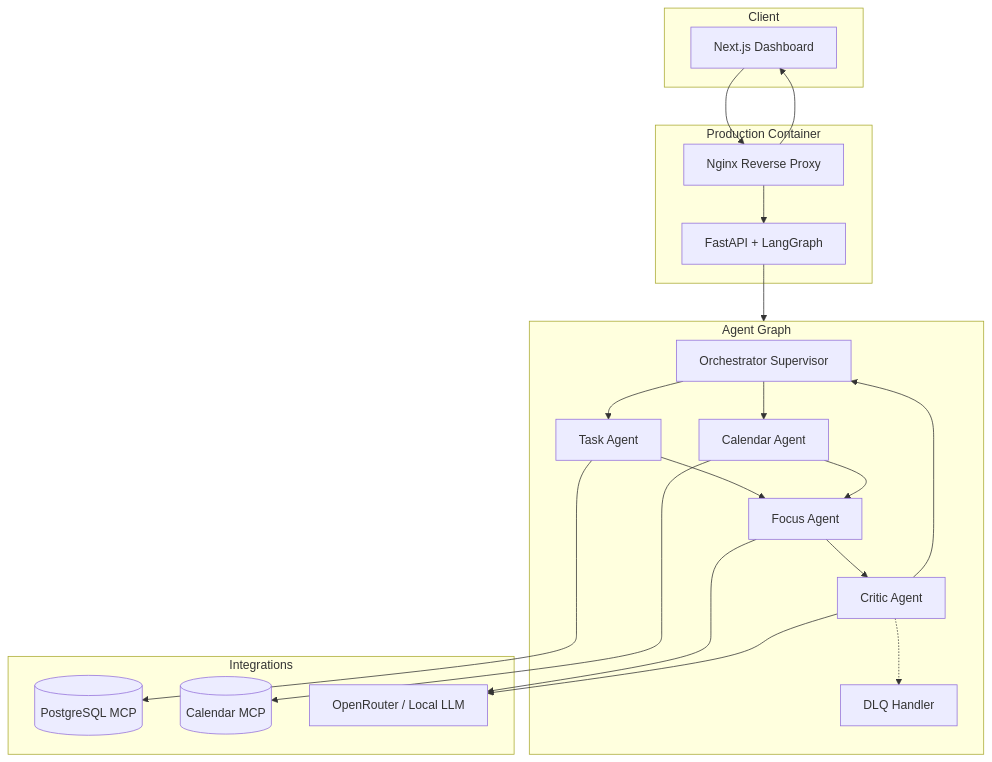
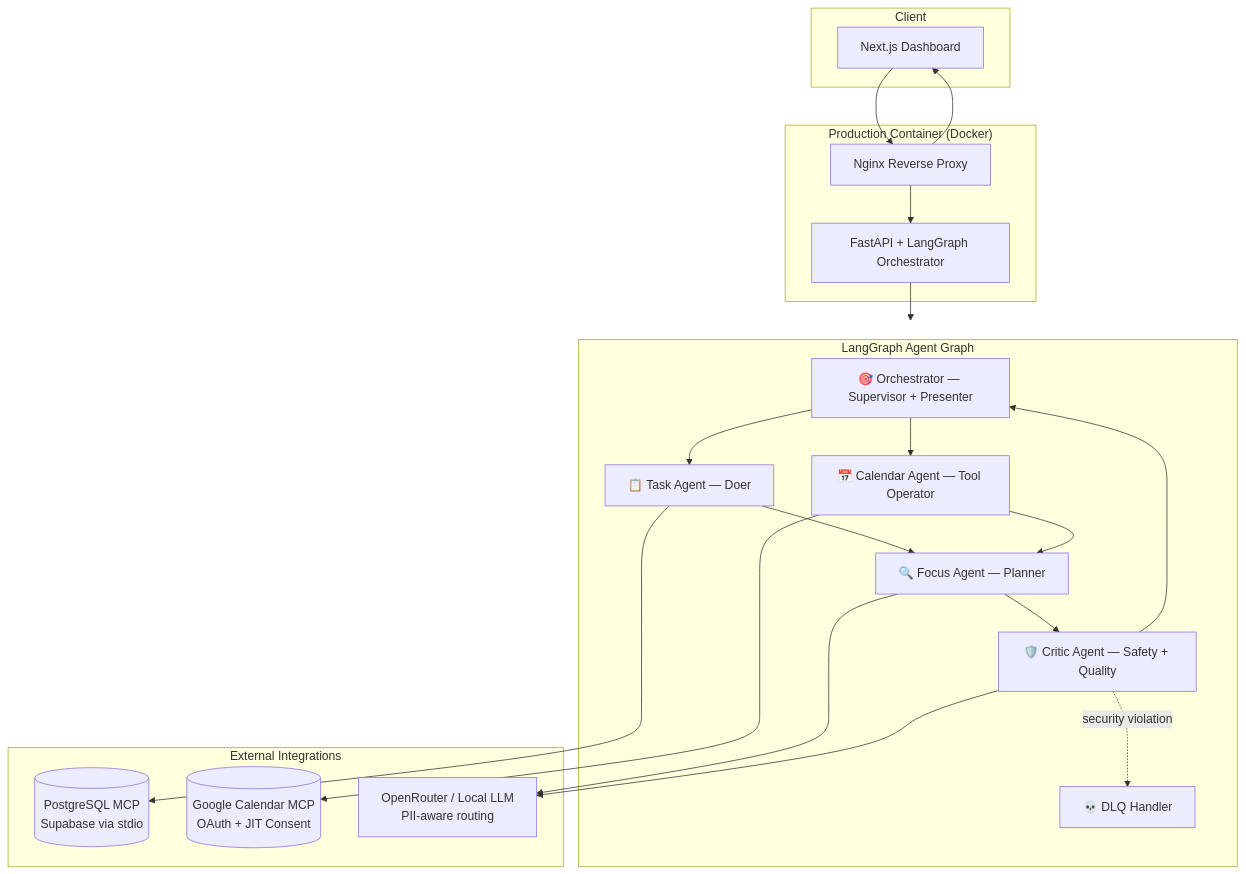
Before and after one commit to qasirdev/daily-briefing: the diagram in README.md, drawn with Mermaid. The commit also changed other lines of this file and 1 other file, not shown here.

````diff
--- a/README.md
+++ b/README.md
@@ -58,42 +64,42 @@
 ```mermaid
 flowchart TB
     subgraph Client
         UI[Next.js Dashboard]
     end
 
-    subgraph Container["Production Container"]
+    subgraph Container["Production Container (Docker)"]
         NGINX[Nginx Reverse Proxy]
-        API[FastAPI + LangGraph]
+        API[FastAPI + LangGraph Orchestrator]
         UI --> NGINX
         NGINX --> API
         NGINX --> UI
     end
 
-    subgraph Agents["Agent Graph"]
-        ORCH[Orchestrator Supervisor]
-        TASK[Task Agent]
-        CAL[Calendar Agent]
-        FOCUS[Focus Agent]
-        CRIT[Critic Agent]
-        DLQ[DLQ Handler]
+    subgraph Agents["LangGraph Agent Graph"]
+        ORCH[🎯 Orchestrator — Supervisor + Presenter]
+        TASK[📋 Task Agent — Doer]
+        CAL[📅 Calendar Agent — Tool Operator]
+        FOCUS[🔍 Focus Agent — Planner]
+        CRIT[🛡️ Critic Agent — Safety + Quality]
+        DLQ[💀 DLQ Handler]
         ORCH --> TASK
         ORCH --> CAL
         TASK --> FOCUS
         CAL --> FOCUS
         FOCUS --> CRIT
         CRIT --> ORCH
-        CRIT -.-> DLQ
+        CRIT -.->|security violation| DLQ
     end
 
-    subgraph Integrations
-        MCP_PG[(PostgreSQL MCP)]
-        MCP_CAL[(Calendar MCP)]
-        LLM[OpenRouter / Local LLM]
+    subgraph Integrations["External Integrations"]
+        MCP_PG[(PostgreSQL MCP\nSupabase via stdio)]
+        MCP_CAL[(Google Calendar MCP\nOAuth + JIT Consent)]
+        LLM[OpenRouter / Local LLM\nPII-aware routing]
     end
 
     API --> Agents
     TASK --> MCP_PG
     CAL --> MCP_CAL
     FOCUS --> LLM
     CRIT --> LLM
 ```
````
